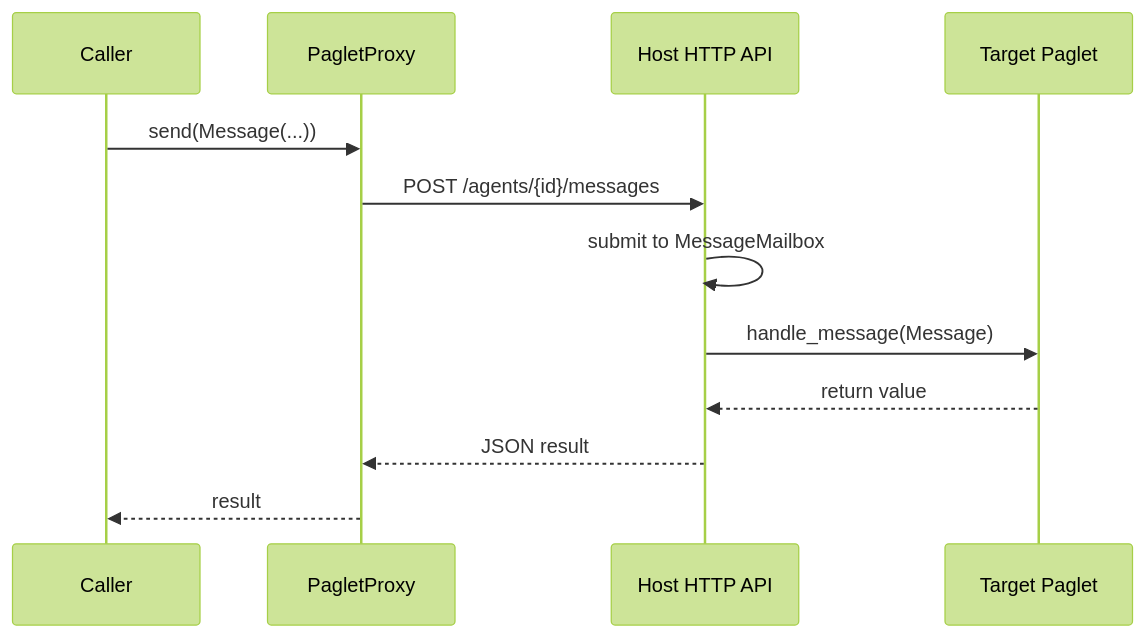
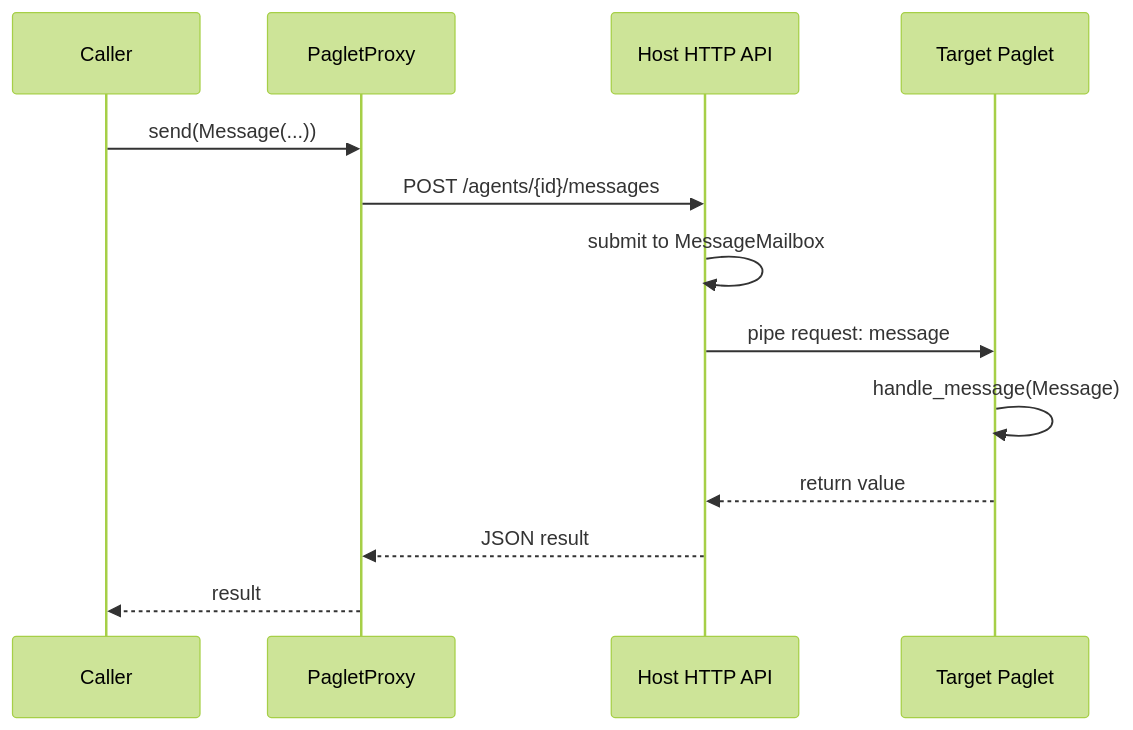
Before and after one commit to cklukas/paglets: the second of 2 diagrams in docs/internal-workings.md, drawn with Mermaid (forest theme). The commit also changed other lines of this file and 41 other files, not shown here.

````diff
--- a/docs/internal-workings.md
+++ b/docs/internal-workings.md
@@ -86,15 +92,16 @@
 ```mermaid
 sequenceDiagram
     participant C as Caller
     participant X as PagletProxy
     participant H as Host HTTP API
     participant P as Target Paglet
 
     C->>X: send(Message(...))
     X->>H: POST /agents/{id}/messages
     H->>H: submit to MessageMailbox
-    H->>P: handle_message(Message)
+    H->>P: pipe request: message
+    P->>P: handle_message(Message)
     P-->>H: return value
     H-->>X: JSON result
     X-->>C: result
 ```
````
